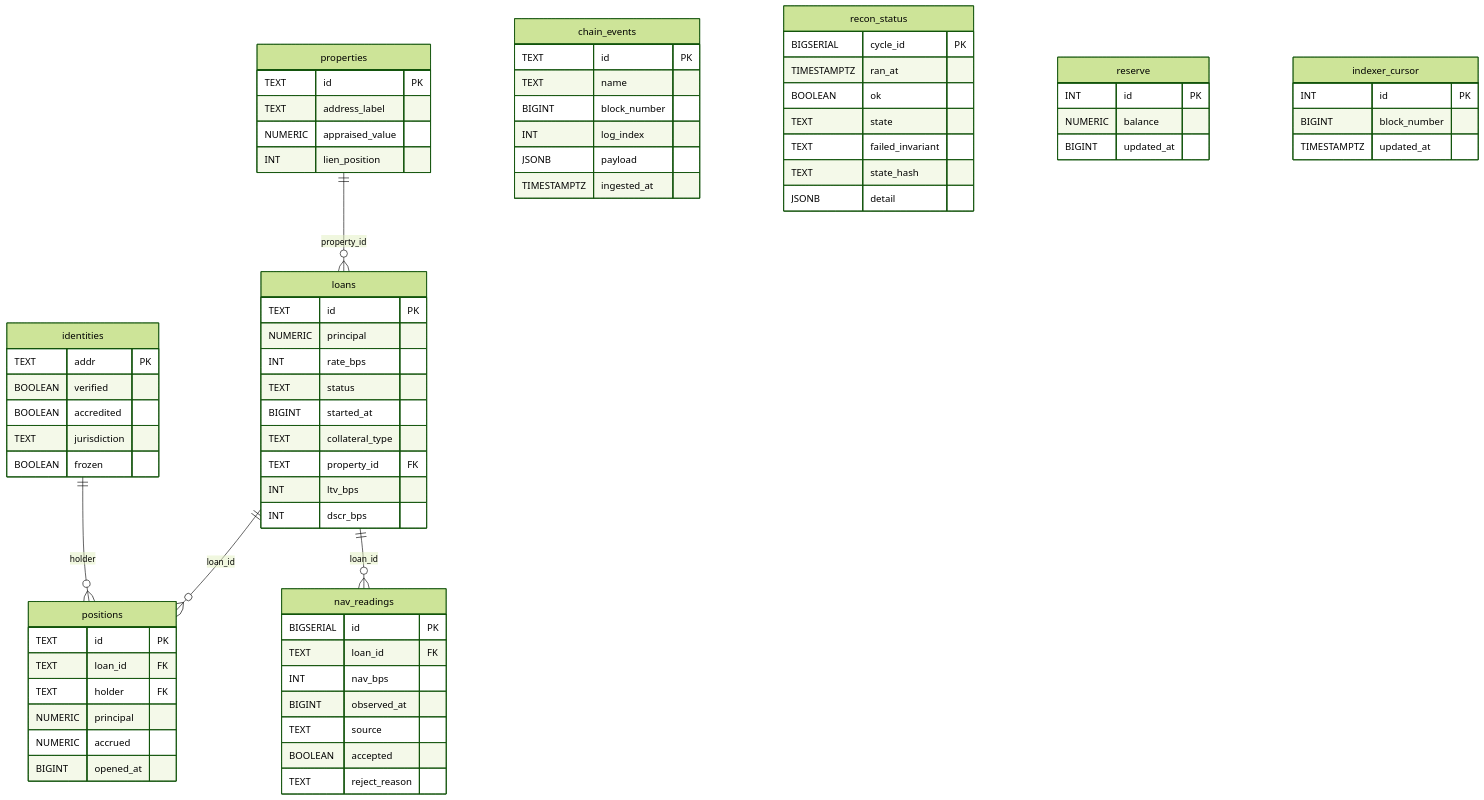
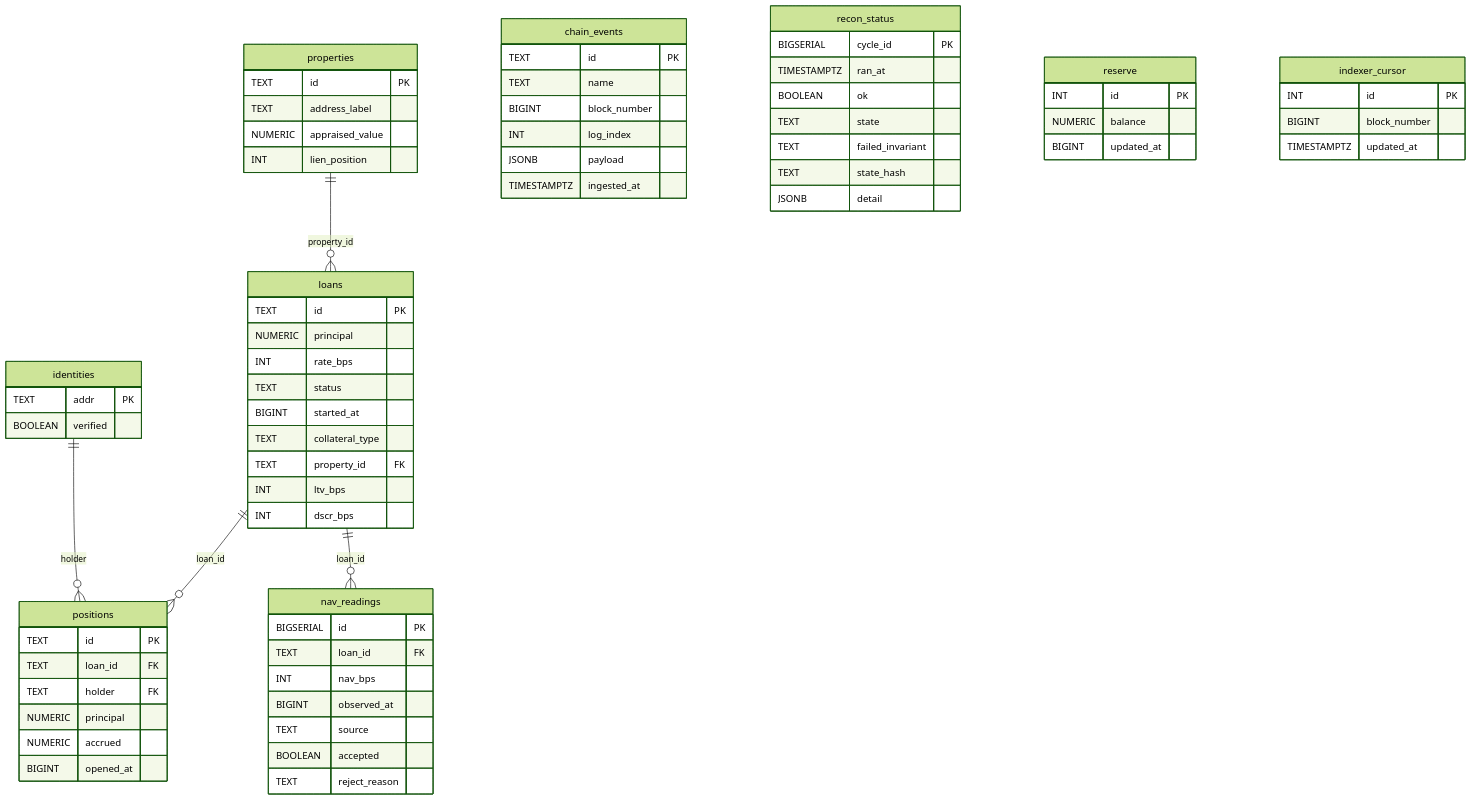
One commit to xbt-a4224j/permissioned-credit-ledger changed diagram 11 of 13 in docs/architecture/DESIGN.md. Above: the diagram before and after it, drawn with Mermaid (forest theme). The commit also changed other lines of this file and 69 other files, not shown here.

````diff
--- a/docs/architecture/DESIGN.md
+++ b/docs/architecture/DESIGN.md
@@ -674,76 +611,73 @@
 ```mermaid
 erDiagram
     properties {
         TEXT id PK
         TEXT address_label
         NUMERIC appraised_value
         INT lien_position
     }
     loans {
         TEXT id PK
         NUMERIC principal
         INT rate_bps
         TEXT status
         BIGINT started_at
         TEXT collateral_type
         TEXT property_id FK
         INT ltv_bps
         INT dscr_bps
     }
     identities {
         TEXT addr PK
         BOOLEAN verified
-        BOOLEAN accredited
-        TEXT jurisdiction
-        BOOLEAN frozen
     }
     positions {
         TEXT id PK
         TEXT loan_id FK
         TEXT holder FK
         NUMERIC principal
         NUMERIC accrued
         BIGINT opened_at
     }
     chain_events {
         TEXT id PK
         TEXT name
         BIGINT block_number
         INT log_index
         JSONB payload
         TIMESTAMPTZ ingested_at
     }
     nav_readings {
         BIGSERIAL id PK
         TEXT loan_id FK
         INT nav_bps
         BIGINT observed_at
         TEXT source
         BOOLEAN accepted
         TEXT reject_reason
     }
     recon_status {
         BIGSERIAL cycle_id PK
         TIMESTAMPTZ ran_at
         BOOLEAN ok
         TEXT state
         TEXT failed_invariant
         TEXT state_hash
         JSONB detail
     }
     reserve {
         INT id PK
         NUMERIC balance
         BIGINT updated_at
     }
     indexer_cursor {
         INT id PK
         BIGINT block_number
         TIMESTAMPTZ updated_at
     }
 
     properties ||--o{ loans : "property_id"
     loans ||--o{ positions : "loan_id"
     identities ||--o{ positions : "holder"
     loans ||--o{ nav_readings : "loan_id"
 ```
````
